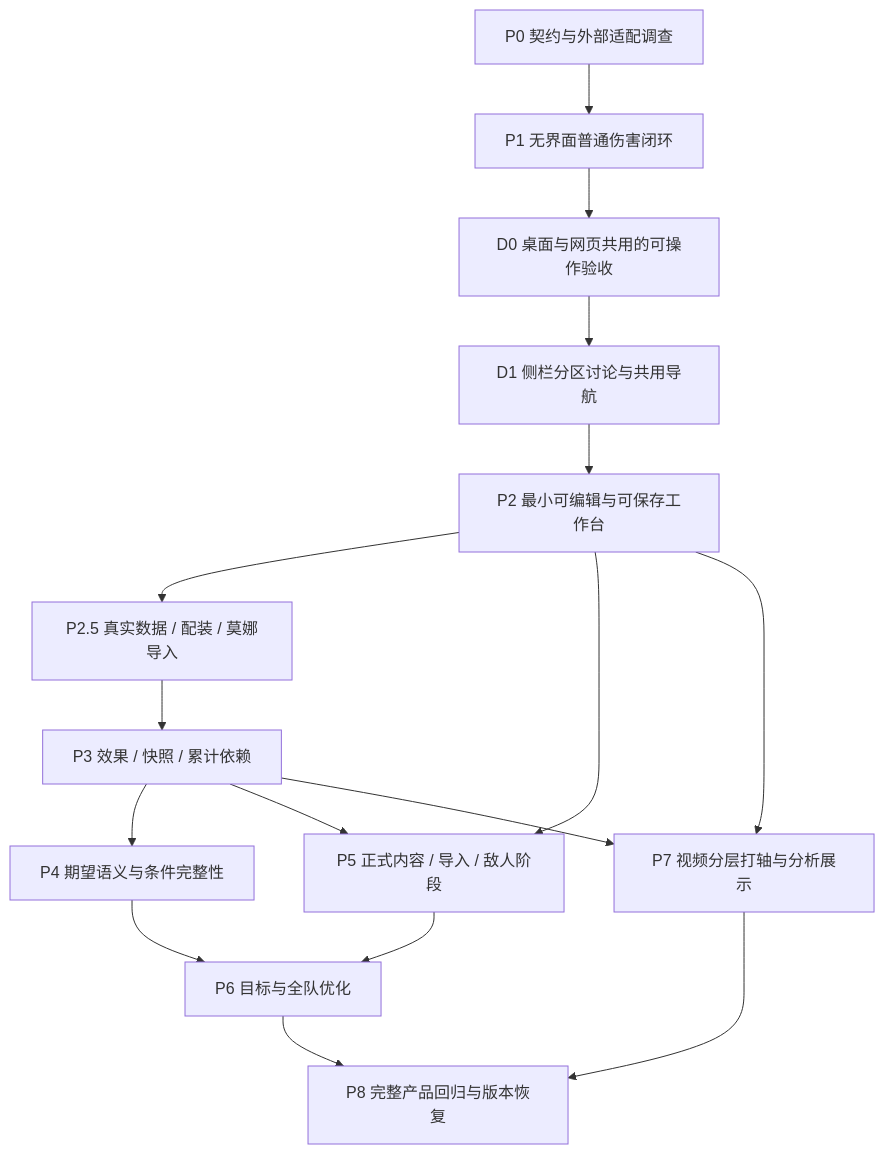
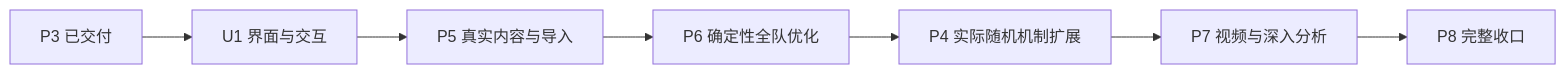
The diagram in docs/planning/implementation-roadmap.md (YJX-01/LeyLine-Simulator), drawn with Mermaid before and after one commit. The commit also changed other lines of this file and 11 other files, not shown here.

````diff
--- a/docs/planning/implementation-roadmap.md
+++ b/docs/planning/implementation-roadmap.md
@@ -48,18 +23,9 @@
 ```mermaid
-flowchart TD
-  P0[P0 契约与外部适配调查] --> P1[P1 无界面普通伤害闭环]
-  P1 --> D0[D0 桌面与网页共用的可操作验收]
-  D0 --> D1[D1 侧栏分区讨论与共用导航]
-  D1 --> P2[P2 最小可编辑与可保存工作台]
-  P2 --> P25[P2.5 真实数据 / 配装 / 莫娜导入]
-  P25 --> P3[P3 效果 / 快照 / 累计依赖]
-  P3 --> P4[P4 期望语义与条件完整性]
-  P2 --> P5[P5 正式内容 / 导入 / 敌人阶段]
-  P3 --> P5
-  P4 --> P6[P6 目标与全队优化]
-  P5 --> P6
-  P2 --> P7[P7 视频分层打轴与分析展示]
-  P3 --> P7
-  P6 --> P8[P8 完整产品回归与版本恢复]
-  P7 --> P8
+flowchart LR
+  P3[P3 已交付] --> U1[U1 界面与交互]
+  U1 --> P5[P5 真实内容与导入]
+  P5 --> P6[P6 确定性全队优化]
+  P6 --> P4[P4 实际随机机制扩展]
+  P4 --> P7[P7 视频与深入分析]
+  P7 --> P8[P8 完整收口]
 ```
````
